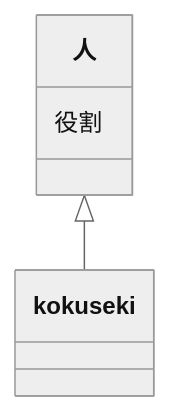
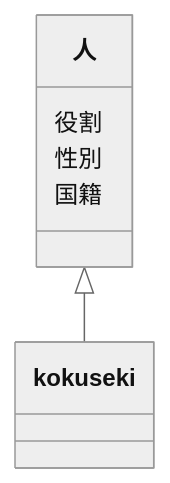
Before and after one commit to tpu-game-2022/mermaid_test: the second of 2 diagrams in README.md, drawn with Mermaid (neutral theme).

Commit message:
クラス図テスト08

````diff
--- a/README.md
+++ b/README.md
@@ -66,6 +66,8 @@
 ```mermaid
 classDiagram
 人 <|-- kokuseki
 人 : 役割
+人 : 性別
+人 : 国籍
 
 ```
````
